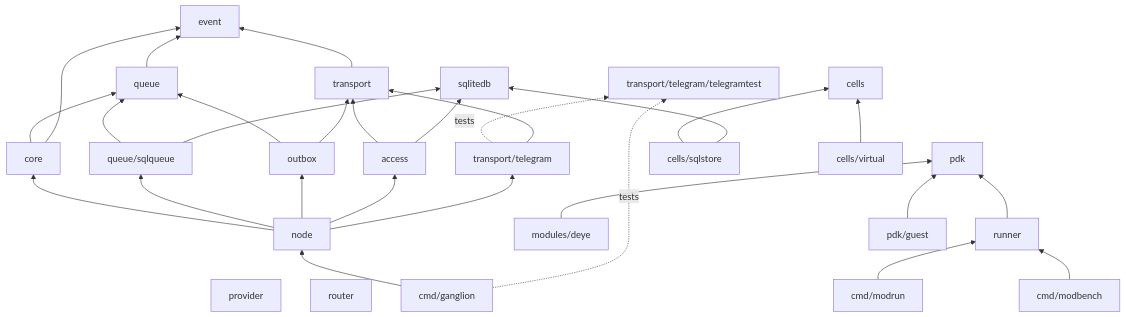
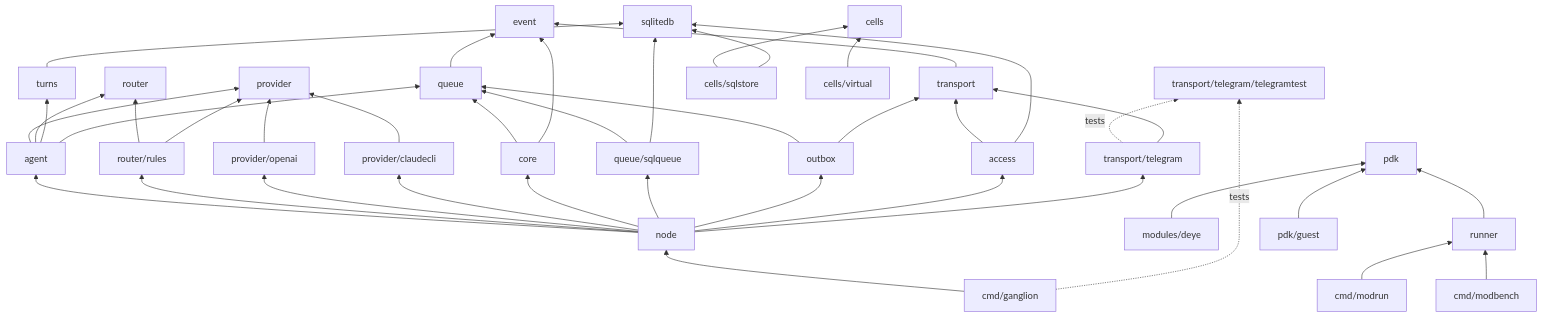
One commit to igorrius/ganglion changed the diagram in docs/architecture/05-code-map.md. Above: the diagram before and after it, drawn with Mermaid. The commit also changed other lines of this file and 4 other files, not shown here.

````diff
--- a/docs/architecture/05-code-map.md
+++ b/docs/architecture/05-code-map.md
@@ -45,37 +50,50 @@
 ```mermaid
 flowchart BT
     event["event"]
     transport["transport"] --> event
     queue["queue"] --> event
     provider["provider"]
     router["router"]
+    openaip["provider/openai"] --> provider
+    claudecli["provider/claudecli"] --> provider
+    rulesp["router/rules"] --> router
+    rulesp --> provider
+    turnsp["turns"] --> sqlitedb
+    agentp["agent"] --> provider
+    agentp --> router
+    agentp --> turnsp
+    agentp --> queue
+    node --> agentp
+    node --> rulesp
+    node --> openaip
+    node --> claudecli
     node["node"]
     cmd["cmd/ganglion"] --> node
     corep["core"] --> queue
     corep --> event
     tgtest["transport/telegram/telegramtest"]
     tgp -. tests .-> tgtest
     cmd -. tests .-> tgtest
     node --> corep
     node --> sqlqueue
     node --> outboxp
     node --> accessp
     node --> tgp["transport/telegram"]
     tgp --> transport
     pdk["pdk"]
     deye["modules/deye"] --> pdk
     runner["runner"] --> pdk
     modrun["cmd/modrun"] --> runner
     modbench["cmd/modbench"] --> runner
     guest["pdk/guest"] --> pdk
     cellsp["cells"]
     sqlstore["cells/sqlstore"] --> cellsp
     sqlstore --> sqlitedb["sqlitedb"]
     virtualb["cells/virtual"] --> cellsp
     sqlqueue["queue/sqlqueue"] --> queue
     sqlqueue --> sqlitedb
     outboxp["outbox"] --> queue
     outboxp --> transport
     accessp["access"] --> transport
     accessp --> sqlitedb
 ```
````
